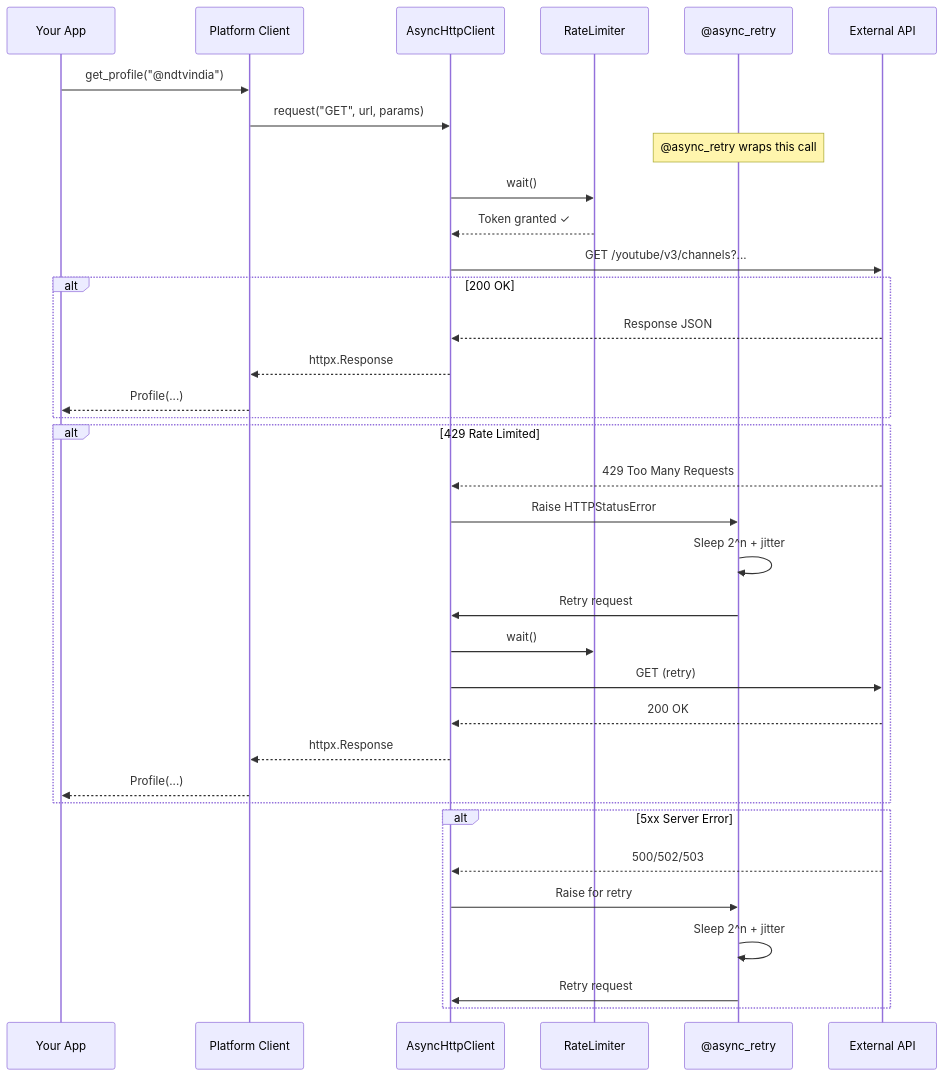
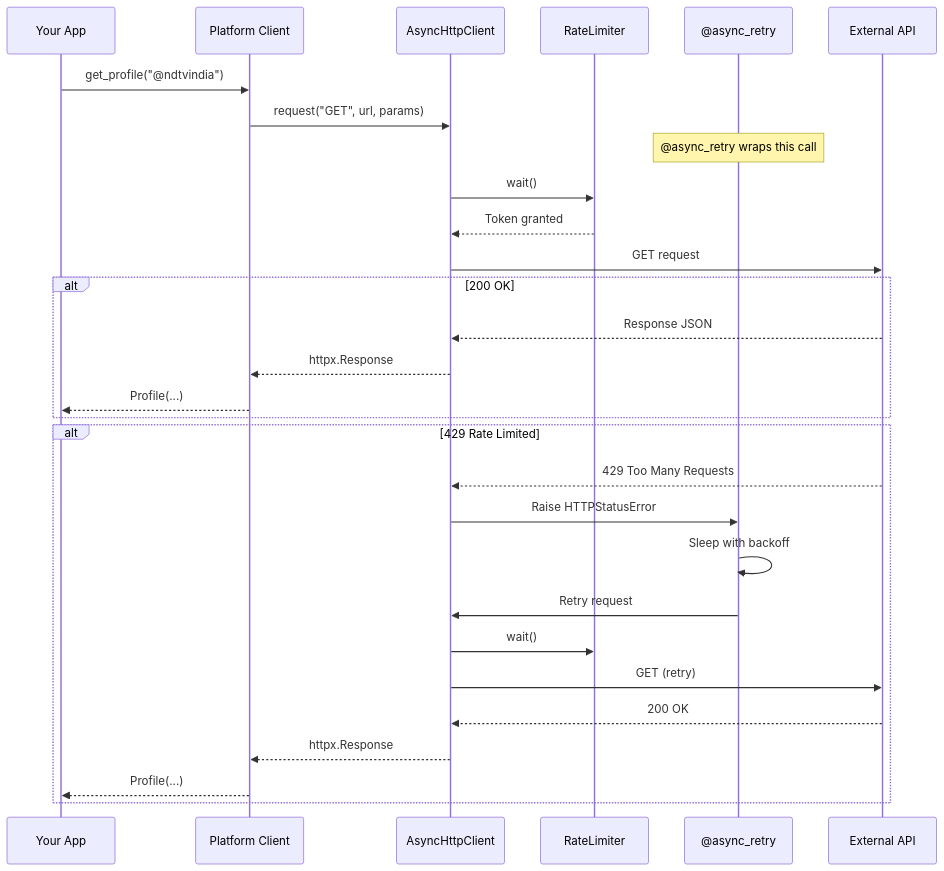
Before and after one commit to pankaj-kumar-techie/social-media-sdk: the fourth of 7 diagrams in docs/architecture.md, drawn with Mermaid. The commit also changed other lines of this file and 8 other files, not shown here.

Commit message:
Refactor README for clarity and add detailed architecture documentation.

````diff
--- a/docs/architecture.md
+++ b/docs/architecture.md
@@ -171,44 +164,36 @@
 ```mermaid
 sequenceDiagram
     participant App as Your App
     participant PC as Platform Client
     participant HTTP as AsyncHttpClient
     participant RL as RateLimiter
     participant RT as @async_retry
     participant API as External API
 
     App->>PC: get_profile("@ndtvindia")
     PC->>HTTP: request("GET", url, params)
 
     Note over RT: @async_retry wraps this call
 
     HTTP->>RL: wait()
-    RL-->>HTTP: Token granted ✓
-
-    HTTP->>API: GET /youtube/v3/channels?...
+    RL-->>HTTP: Token granted
+    HTTP->>API: GET request
 
     alt 200 OK
         API-->>HTTP: Response JSON
         HTTP-->>PC: httpx.Response
         PC-->>App: Profile(...)
     end
 
     alt 429 Rate Limited
         API-->>HTTP: 429 Too Many Requests
         HTTP->>RT: Raise HTTPStatusError
-        RT->>RT: Sleep 2^n + jitter
+        RT->>RT: Sleep with backoff
         RT->>HTTP: Retry request
         HTTP->>RL: wait()
         HTTP->>API: GET (retry)
         API-->>HTTP: 200 OK
         HTTP-->>PC: httpx.Response
         PC-->>App: Profile(...)
     end
-
-    alt 5xx Server Error
-        API-->>HTTP: 500/502/503
-        HTTP->>RT: Raise for retry
-        RT->>RT: Sleep 2^n + jitter
-        RT->>HTTP: Retry request
-    end
 ```
````
